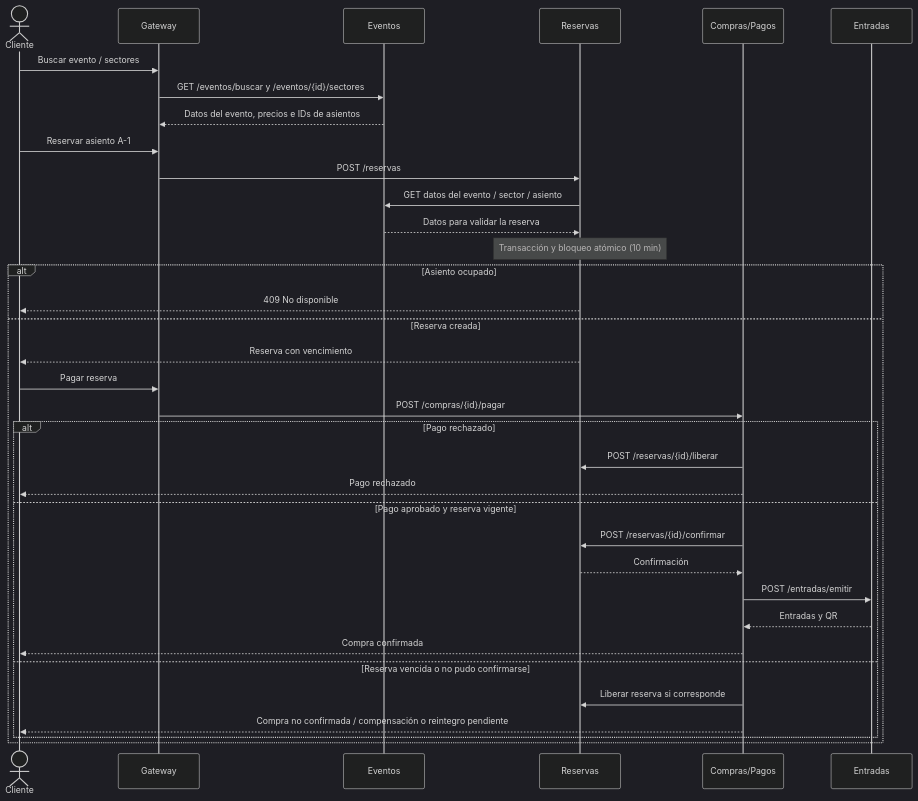
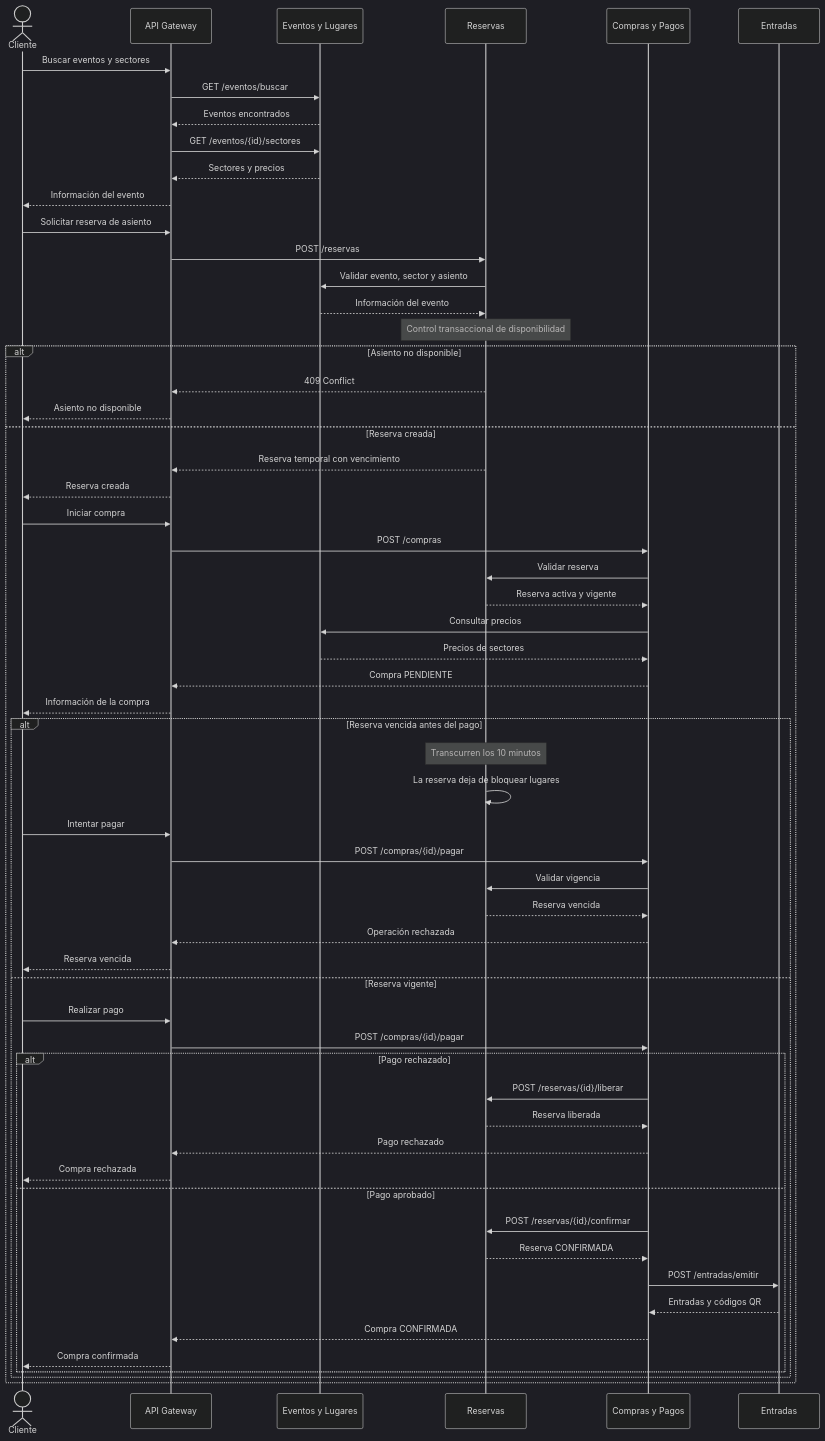
The second of 3 diagrams in TPE-micro1/msvc-eventosylugares/docs/02-ARQUITECTURA-Y-DIAGRAMAS.md (LuliDiNucci/arquitecturasGrupo12), drawn with Mermaid (dark theme) before and after one commit. The commit also changed other lines of this file and 41 other files, not shown here.

````diff
--- a/TPE-micro1/msvc-eventosylugares/docs/02-ARQUITECTURA-Y-DIAGRAMAS.md
+++ b/TPE-micro1/msvc-eventosylugares/docs/02-ARQUITECTURA-Y-DIAGRAMAS.md
@@ -38,43 +57,68 @@
 ```mermaid
 sequenceDiagram
-  actor Cliente
-  participant GW as Gateway
-  participant E as Eventos
-  participant R as Reservas
-  participant C as Compras/Pagos
-  participant T as Entradas
+    actor Cliente
+    participant GW as API Gateway
+    participant E as Eventos y Lugares
+    participant R as Reservas
+    participant C as Compras y Pagos
+    participant T as Entradas
 
-  Cliente->>GW: Buscar evento / sectores
-  GW->>E: GET /eventos/buscar y /eventos/{id}/sectores
-  E-->>GW: Datos del evento, precios e IDs de asientos
+    Cliente->>GW: Buscar eventos y sectores
+    GW->>E: GET /eventos/buscar
+    E-->>GW: Eventos encontrados
+    GW->>E: GET /eventos/{id}/sectores
+    E-->>GW: Sectores y precios
+    GW-->>Cliente: Información del evento
 
-  Cliente->>GW: Reservar asiento A-1
-  GW->>R: POST /reservas
-  R->>E: GET datos del evento / sector / asiento
-  E-->>R: Datos para validar la reserva
+    Cliente->>GW: Solicitar reserva de asiento
+    GW->>R: POST /reservas
+    R->>E: Validar evento, sector y asiento
+    E-->>R: Información del evento
 
-  Note over R: Transacción y bloqueo atómico (10 min)
+    Note over R: Control transaccional de disponibilidad
 
-  alt Asiento ocupado
-    R-->>Cliente: 409 No disponible
-  else Reserva creada
-    R-->>Cliente: Reserva con vencimiento
+    alt Asiento no disponible
+        R-->>GW: 409 Conflict
+        GW-->>Cliente: Asiento no disponible
+    else Reserva creada
+        R-->>GW: Reserva temporal con vencimiento
+        GW-->>Cliente: Reserva creada
 
-    Cliente->>GW: Pagar reserva
-    GW->>C: POST /compras/{id}/pagar
+        Cliente->>GW: Iniciar compra
+        GW->>C: POST /compras
+        C->>R: Validar reserva
+        R-->>C: Reserva activa y vigente
+        C->>E: Consultar precios
+        E-->>C: Precios de sectores
+        C-->>GW: Compra PENDIENTE
+        GW-->>Cliente: Información de la compra
 
-    alt Pago rechazado
-      C->>R: POST /reservas/{id}/liberar
-      C-->>Cliente: Pago rechazado
-    else Pago aprobado y reserva vigente
-      C->>R: POST /reservas/{id}/confirmar
-      R-->>C: Confirmación
-      C->>T: POST /entradas/emitir
-      T-->>C: Entradas y QR
-      C-->>Cliente: Compra confirmada
-    else Reserva vencida o no pudo confirmarse
-      C->>R: Liberar reserva si corresponde
-      C-->>Cliente: Compra no confirmada / compensación o reintegro pendiente
+        alt Reserva vencida antes del pago
+            Note over R: Transcurren los 10 minutos
+            R->>R: La reserva deja de bloquear lugares
+            Cliente->>GW: Intentar pagar
+            GW->>C: POST /compras/{id}/pagar
+            C->>R: Validar vigencia
+            R-->>C: Reserva vencida
+            C-->>GW: Operación rechazada
+            GW-->>Cliente: Reserva vencida
+        else Reserva vigente
+            Cliente->>GW: Realizar pago
+            GW->>C: POST /compras/{id}/pagar
+
+            alt Pago rechazado
+                C->>R: POST /reservas/{id}/liberar
+                R-->>C: Reserva liberada
+                C-->>GW: Pago rechazado
+                GW-->>Cliente: Compra rechazada
+            else Pago aprobado
+                C->>R: POST /reservas/{id}/confirmar
+                R-->>C: Reserva CONFIRMADA
+                C->>T: POST /entradas/emitir
+                T-->>C: Entradas y códigos QR
+                C-->>GW: Compra CONFIRMADA
+                GW-->>Cliente: Compra confirmada
+            end
+        end
     end
-  end
 ```
````
